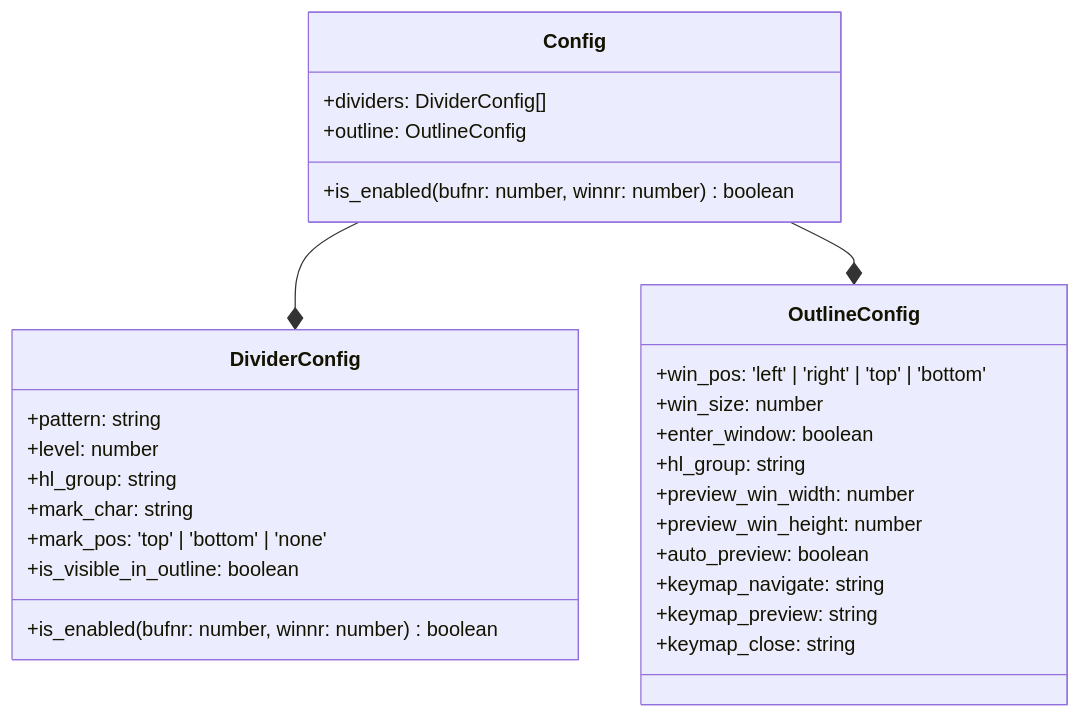
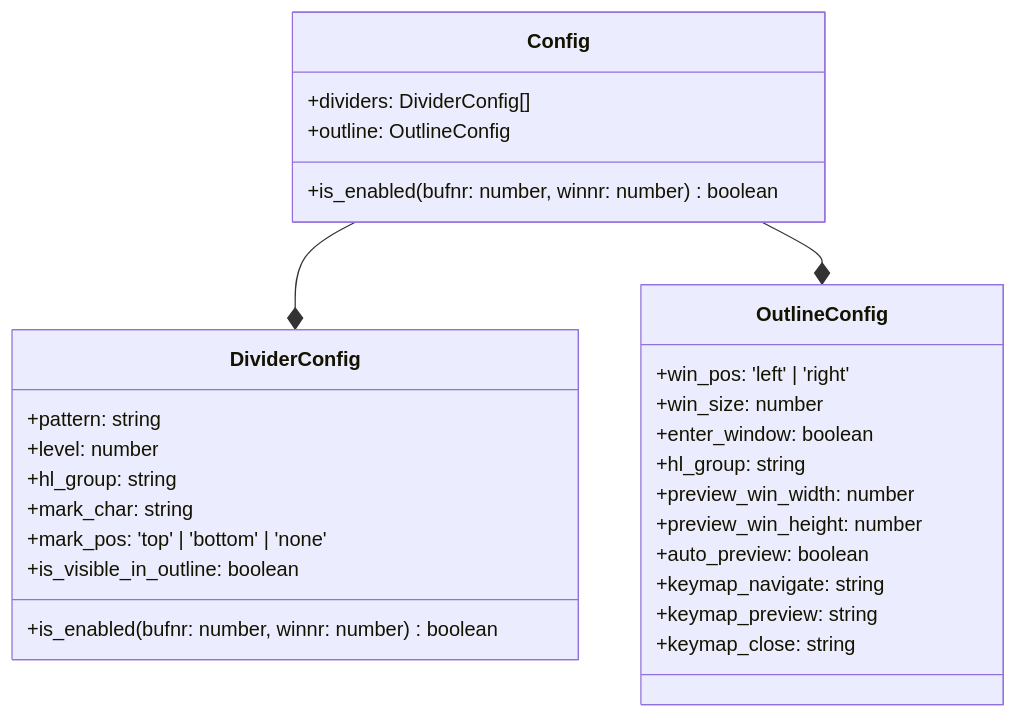
One commit to niuiic/divider.nvim changed the fifth of 8 diagrams in DESIGN.md. Above: the diagram before and after it, drawn with Mermaid. The commit also changed other lines of this file and 4 other files, not shown here.

````diff
--- a/DESIGN.md
+++ b/DESIGN.md
@@ -171,34 +172,34 @@
 ```mermaid
 classDiagram
     Config --* DividerConfig
     Config --* OutlineConfig
     class Config {
         +dividers: DividerConfig[]
         +outline: OutlineConfig
 
         +is_enabled(bufnr: number, winnr: number) boolean
     }
 
     class DividerConfig {
         +pattern: string
         +level: number
         +hl_group: string
         +mark_char: string
         +mark_pos: 'top' | 'bottom' | 'none'
         +is_visible_in_outline: boolean
         +is_enabled(bufnr: number, winnr: number) boolean
     }
 
     class OutlineConfig {
-        +win_pos: 'left' | 'right' | 'top' | 'bottom'
+        +win_pos: 'left' | 'right'
         +win_size: number
         +enter_window: boolean
         +hl_group: string
         +preview_win_width: number
         +preview_win_height: number
         +auto_preview: boolean
         +keymap_navigate: string
         +keymap_preview: string
         +keymap_close: string
     }
 ```
````
